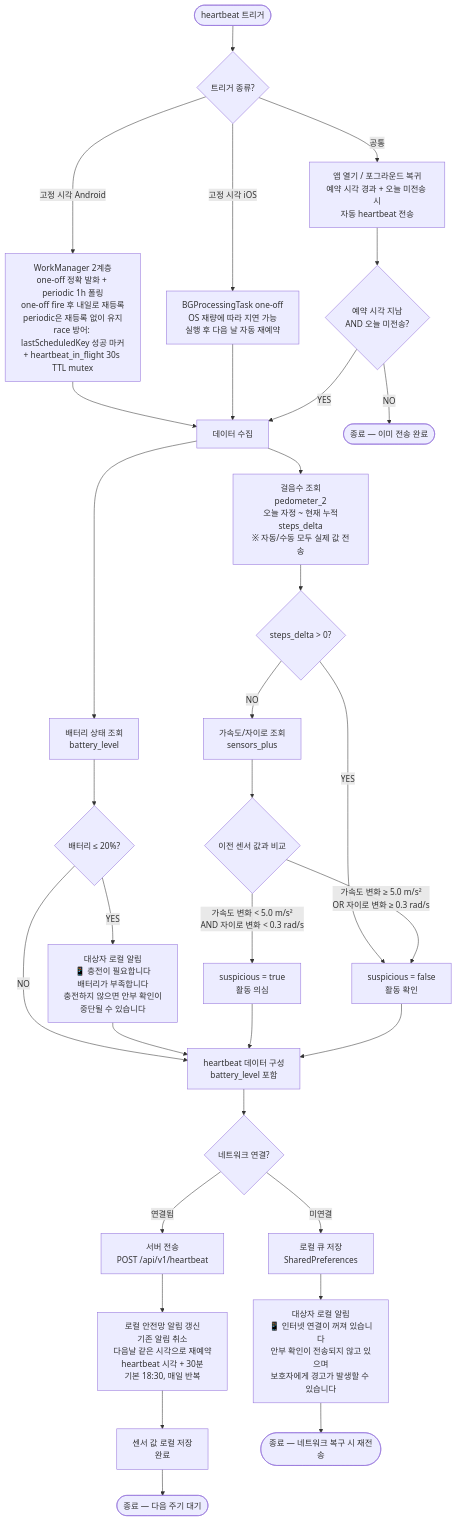
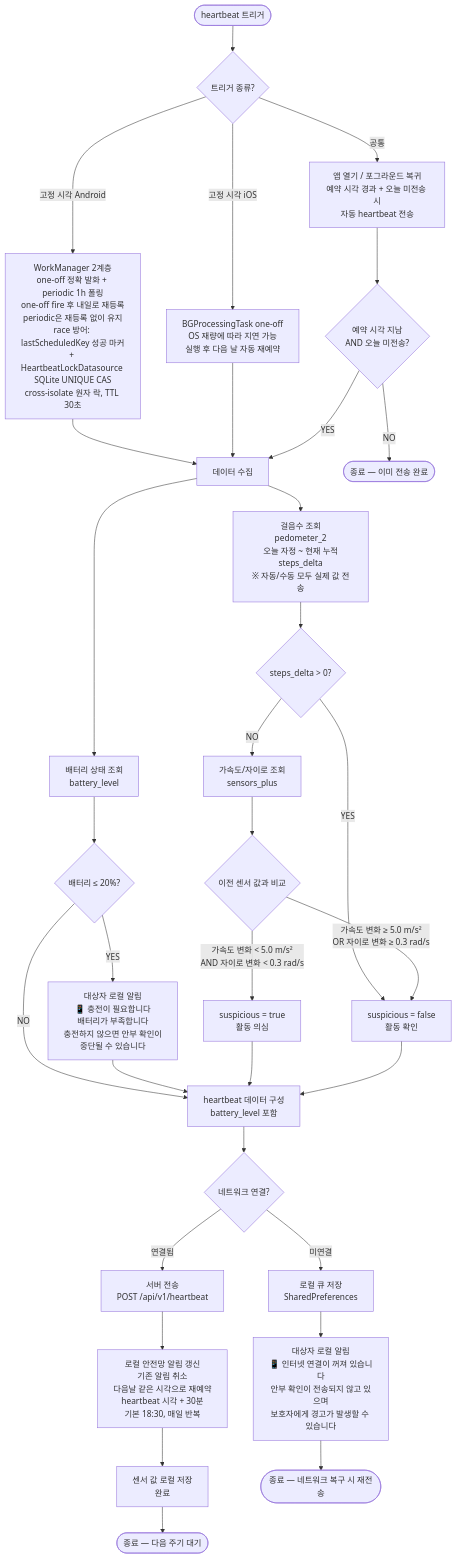
The first of 8 diagrams in .claude/rules/heartbeat_flowchart.md (l10s18bok/kr.co.anbucheck), drawn with Mermaid before and after one commit. The commit also changed other lines of this file and 13 other files, not shown here.

First line of the commit message:
기능: heartbeat 중복 전송 race를 SQLite UNIQUE CAS로 차단

````diff
--- a/.claude/rules/heartbeat_flowchart.md
+++ b/.claude/rules/heartbeat_flowchart.md
@@ -25,54 +25,54 @@
 ```mermaid
 flowchart TD
     Start([heartbeat 트리거])
     Start --> Trigger
 
     Trigger{트리거 종류?}
-    Trigger -->|고정 시각 Android| WM[WorkManager 2계층<br/>one-off 정확 발화 + periodic 1h 폴링<br/>one-off fire 후 내일로 재등록<br/>periodic은 재등록 없이 유지<br/>race 방어: lastScheduledKey 성공 마커<br/>+ heartbeat_in_flight 30s TTL mutex]
+    Trigger -->|고정 시각 Android| WM[WorkManager 2계층<br/>one-off 정확 발화 + periodic 1h 폴링<br/>one-off fire 후 내일로 재등록<br/>periodic은 재등록 없이 유지<br/>race 방어: lastScheduledKey 성공 마커<br/>+ HeartbeatLockDatasource SQLite UNIQUE CAS<br/>cross-isolate 원자 락, TTL 30초]
     Trigger -->|고정 시각 iOS| BG[BGProcessingTask one-off<br/>OS 재량에 따라 지연 가능<br/>실행 후 다음 날 자동 재예약]
     Trigger -->|공통| FG[앱 열기 / 포그라운드 복귀<br/>예약 시각 경과 + 오늘 미전송 시<br/>자동 heartbeat 전송]
 
     WM --> Collect
     BG --> Collect
     FG --> FGCheck{예약 시각 지남<br/>AND 오늘 미전송?}
     FGCheck -->|YES| Collect
     FGCheck -->|NO| End0([종료 — 이미 전송 완료])
 
     Collect[데이터 수집]
     Collect --> Steps[걸음수 조회<br/>pedometer_2<br/>오늘 자정 ~ 현재 누적<br/>steps_delta<br/>※ 자동/수동 모두 실제 값 전송]
     Collect --> Battery[배터리 상태 조회<br/>battery_level]
 
     Steps --> StepsCheck{steps_delta > 0?}
     StepsCheck -->|YES| Normal[suspicious = false<br/>활동 확인]
     StepsCheck -->|NO| Sensor[가속도/자이로 조회<br/>sensors_plus]
 
     Sensor --> Compare{이전 센서 값과 비교}
     Compare -->|가속도 변화 < 5.0 m/s²<br/>AND 자이로 변화 < 0.3 rad/s| Suspicious[suspicious = true<br/>활동 의심]
     Compare -->|가속도 변화 ≥ 5.0 m/s²<br/>OR 자이로 변화 ≥ 0.3 rad/s| Normal
 
     Battery --> BattCheck{배터리 ≤ 20%?}
     BattCheck -->|YES| SubjectNoti[대상자 로컬 알림<br/>📱 충전이 필요합니다<br/>배터리가 부족합니다<br/>충전하지 않으면 안부 확인이<br/>중단될 수 있습니다]
     BattCheck -->|NO| Build
 
     SubjectNoti --> Build
 
     Suspicious --> Build
     Normal --> Build
 
     Build[heartbeat 데이터 구성<br/>battery_level 포함]
 
     Build --> Network{네트워크 연결?}
 
     Network -->|연결됨| Send[서버 전송<br/>POST /api/v1/heartbeat]
     Network -->|미연결| Queue[로컬 큐 저장<br/>SharedPreferences]
 
     Queue --> LocalNoti1[대상자 로컬 알림<br/>📱 인터넷 연결이 꺼져 있습니다<br/>안부 확인이 전송되지 않고 있으며<br/>보호자에게 경고가 발생할 수 있습니다]
 
     Send --> AlarmReset[로컬 안전망 알림 갱신<br/>기존 알림 취소<br/>다음날 같은 시각으로 재예약<br/>heartbeat 시각 + 30분<br/>기본 18:30, 매일 반복]
 
     AlarmReset --> SaveEnd[센서 값 로컬 저장<br/>완료]
 
     SaveEnd --> End1([종료 — 다음 주기 대기])
 
     LocalNoti1 --> End2([종료 — 네트워크 복구 시 재전송])
 ```
````
